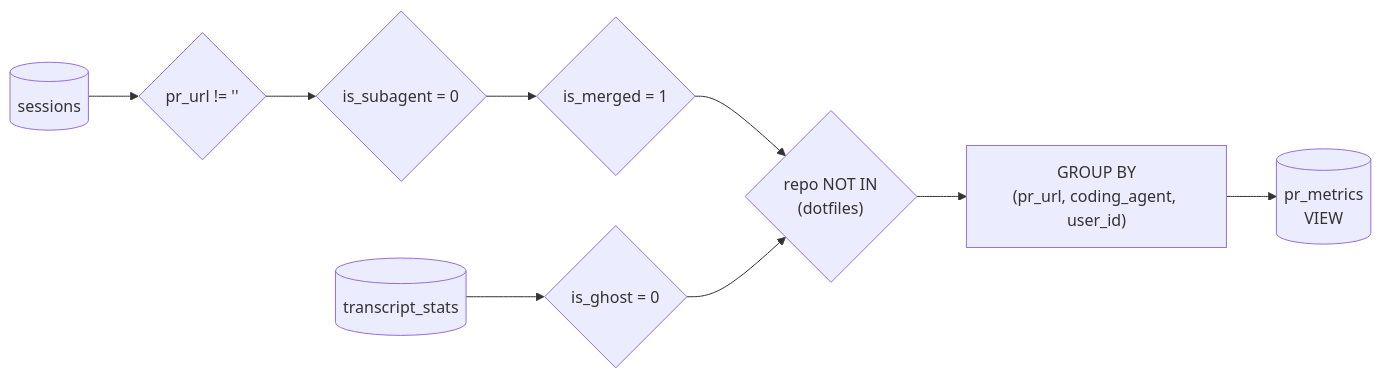
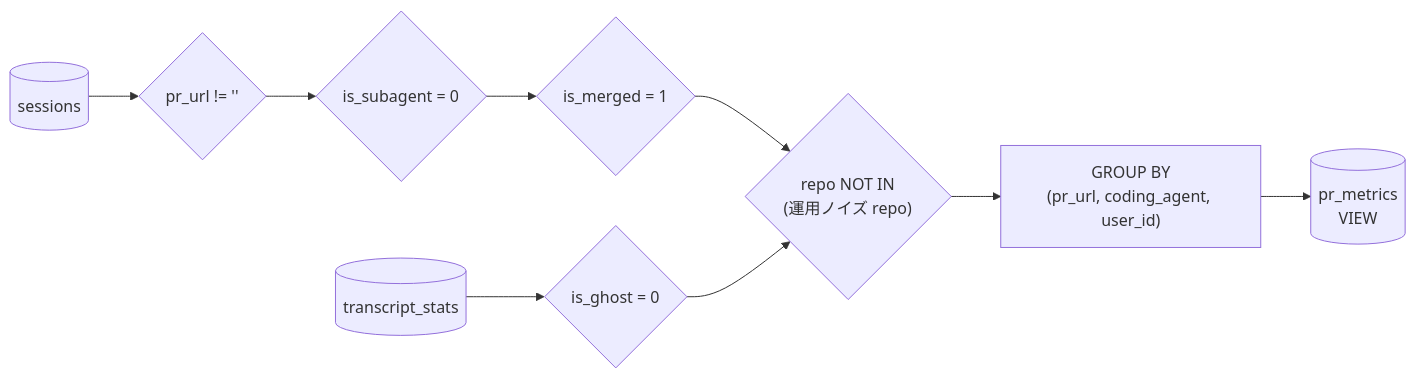
The second of 2 diagrams in site/content/explain/aggregation/index.md (ishii1648/hitl-metrics), drawn with Mermaid before and after one commit. The commit also changed other lines of this file and 6 other files, not shown here.

````diff
--- a/site/content/explain/aggregation/index.md
+++ b/site/content/explain/aggregation/index.md
@@ -58,22 +58,22 @@
 ```mermaid
 flowchart LR
     S[("sessions")]
     TS[("transcript_stats")]
 
     F1{"pr_url != ''"}
     F2{"is_subagent = 0"}
     F3{"is_merged = 1"}
     F4{"is_ghost = 0"}
-    F5{"repo NOT IN<br/>(dotfiles)"}
+    F5{"repo NOT IN<br/>(運用ノイズ repo)"}
 
     G["GROUP BY<br/>(pr_url, coding_agent, user_id)"]
 
     PM[("pr_metrics<br/>VIEW")]
 
     S --> F1 --> F2 --> F3
     TS --> F4
     F3 --> F5
     F4 --> F5
     F5 --> G
     G --> PM
 ```
````
